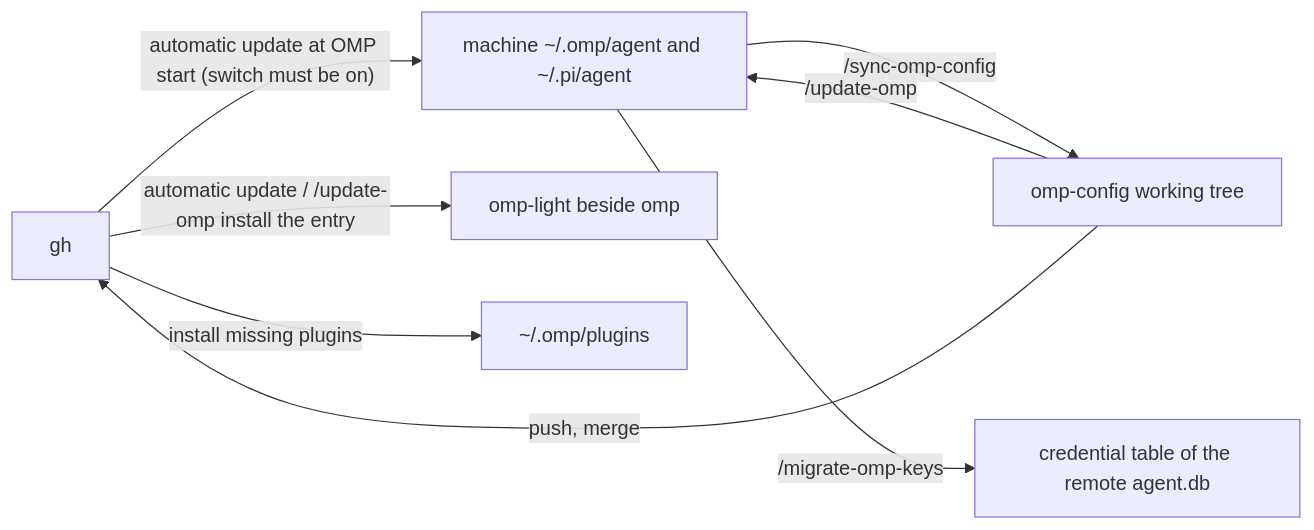
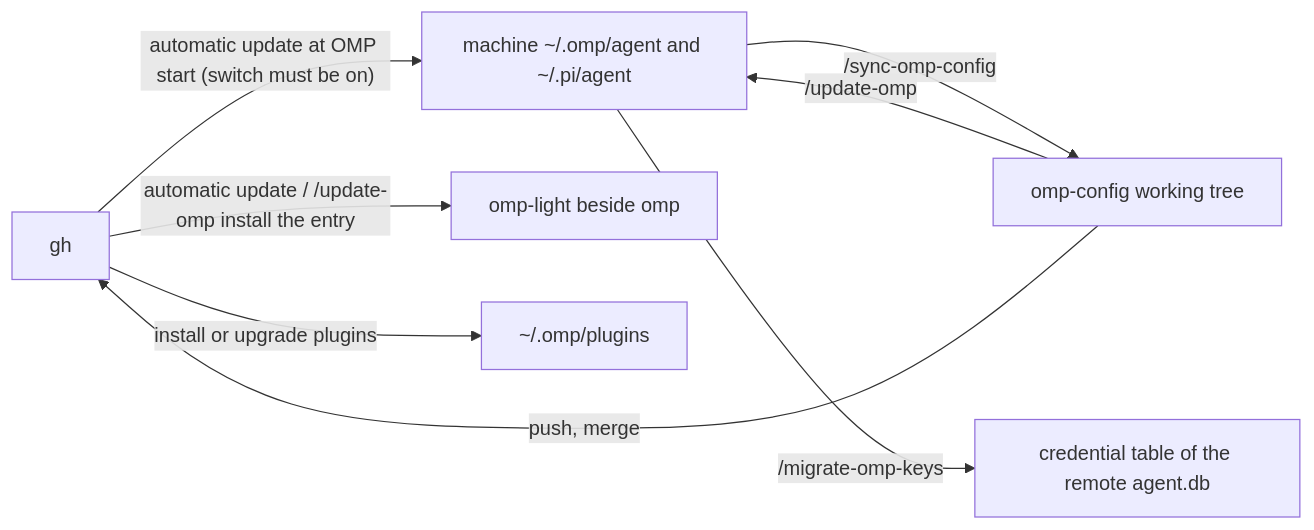
One commit to dbydd/oh-my-omomp changed the diagram in README.md. Above: the diagram before and after it, drawn with Mermaid. The commit also changed other lines of this file and 3 other files, not shown here.

Commit message:
docs: updater runs omp install for every declared plugin (upgrade installed, install missing)

````diff
--- a/README.md
+++ b/README.md
@@ -116,10 +116,10 @@
 ```mermaid
 flowchart LR
   gh -->|"automatic update at OMP start (switch must be on)"| local["machine ~/.omp/agent and ~/.pi/agent"]
   repo["omp-config working tree"] -->|"/update-omp"| local
   local -->|"/sync-omp-config"| repo
   repo -->|"push, merge"| gh
   gh -->|"automatic update / /update-omp install the entry"| light["omp-light beside omp"]
-  gh -->|"install missing plugins"| plugins["~/.omp/plugins"]
+  gh -->|"install or upgrade plugins"| plugins["~/.omp/plugins"]
   local -->|"/migrate-omp-keys"| remote["credential table of the remote agent.db"]
 ```
````
